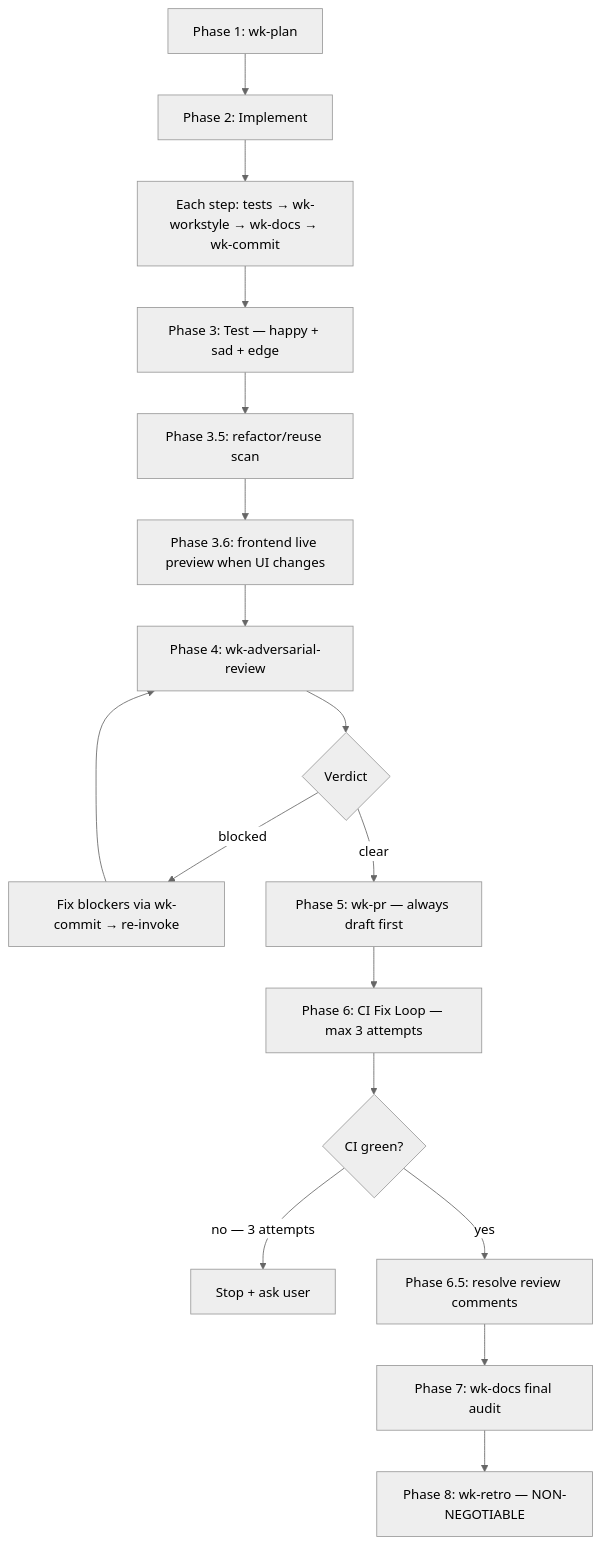
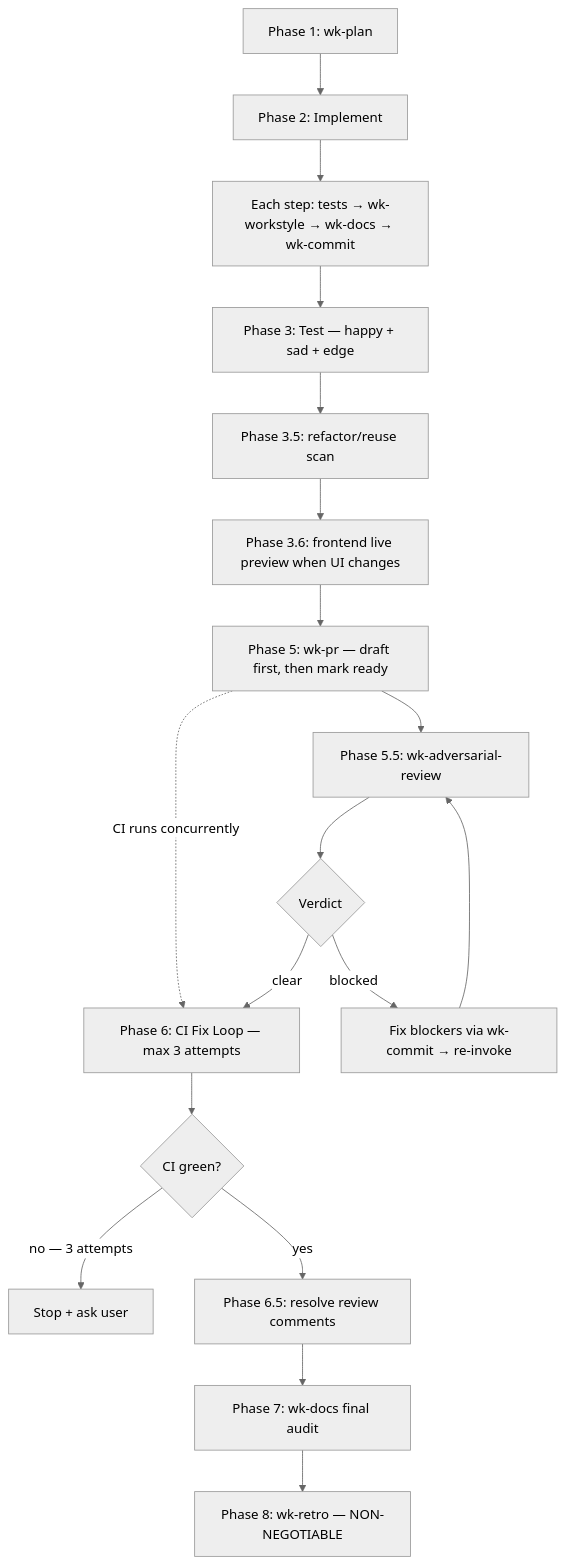
One commit to whizzzkid/skills changed the diagram in skills/workflow/README.md. Above: the diagram before and after it, drawn with Mermaid (neutral theme). The commit also changed other lines of this file and 16 other files, not shown here.

First line of the commit message:
fix(skills): 🛡️ workflow — anchor the adversarial-review gate to merge, not every push

````diff
--- a/skills/workflow/README.md
+++ b/skills/workflow/README.md
@@ -16,25 +16,26 @@
 ```mermaid
 flowchart TD
     A[Phase 1: wk-plan] --> B[Phase 2: Implement]
     B --> B1[Each step: tests → wk-workstyle → wk-docs → wk-commit]
     B1 --> C[Phase 3: Test — happy + sad + edge]
     C --> C1[Phase 3.5: refactor/reuse scan]
     C1 --> C2[Phase 3.6: frontend live preview when UI changes]
-    C2 --> D[Phase 4: wk-adversarial-review]
+    C2 --> G[Phase 5: wk-pr — draft first, then mark ready]
+    G --> D[Phase 5.5: wk-adversarial-review]
+    G -.->|CI runs concurrently| H
     D --> E{Verdict}
     E -->|blocked| F[Fix blockers via wk-commit → re-invoke]
     F --> D
-    E -->|clear| G[Phase 5: wk-pr — always draft first]
-    G --> H[Phase 6: CI Fix Loop — max 3 attempts]
+    E -->|clear| H[Phase 6: CI Fix Loop — max 3 attempts]
     H --> I{CI green?}
     I -->|no — 3 attempts| J[Stop + ask user]
     I -->|yes| K[Phase 6.5: resolve review comments]
     K --> L[Phase 7: wk-docs final audit]
     L --> M[Phase 8: wk-retro — NON-NEGOTIABLE]
     click A href "https://github.com/whizzzkid/skills/blob/main/skills/plan/README.md" _blank
     click D href "https://github.com/whizzzkid/skills/blob/main/skills/adversarial-review/README.md" _blank
     click G href "https://github.com/whizzzkid/skills/blob/main/skills/pr/README.md" _blank
     click K href "https://github.com/whizzzkid/skills/blob/main/skills/pr-resolve/README.md" _blank
     click L href "https://github.com/whizzzkid/skills/blob/main/skills/docs/README.md" _blank
     click M href "https://github.com/whizzzkid/skills/blob/main/skills/retro/README.md" _blank
 ```
````
